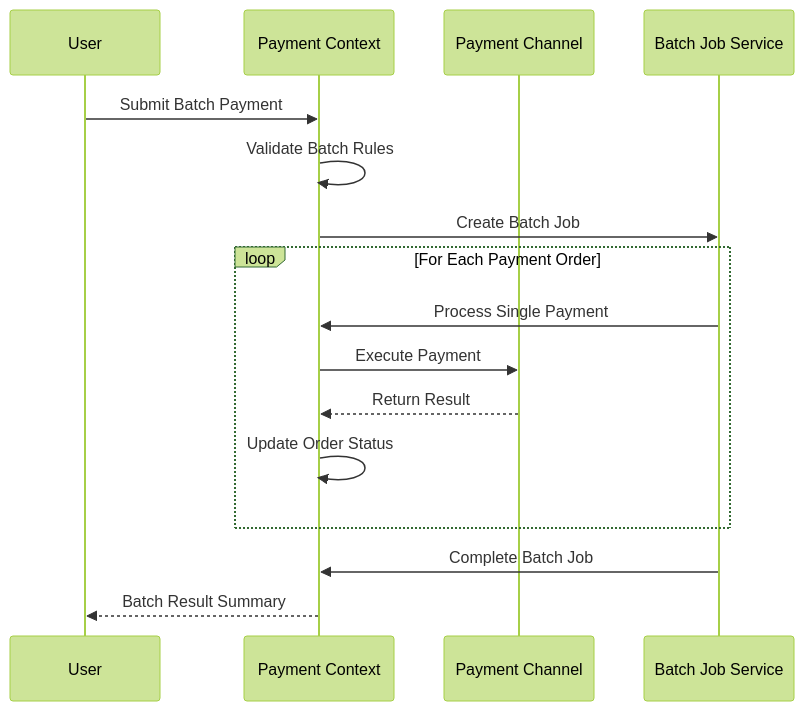
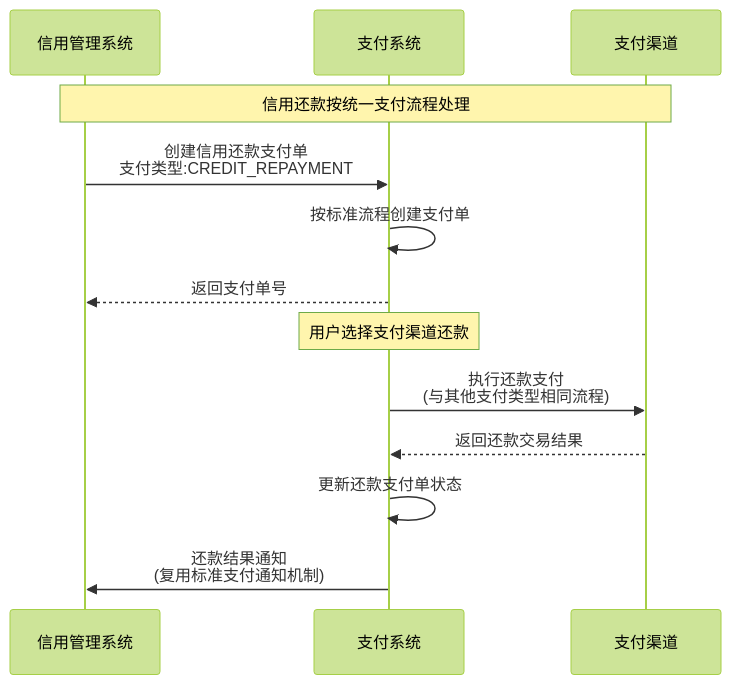
The third of 5 diagrams in docs/contexts/payment/integration/context-mapping.md (KyleWangkq/ai-prompt), drawn with Mermaid (forest theme) before and after one commit. The commit also changed other lines of this file and 5 other files, not shown here.

````diff
--- a/docs/contexts/payment/integration/context-mapping.md
+++ b/docs/contexts/payment/integration/context-mapping.md
@@ -545,21 +1165,20 @@
 ```mermaid
 sequenceDiagram
-    participant User as User
-    participant Payment as Payment Context
-    participant Channel as Payment Channel
-    participant Job as Batch Job Service
+    participant Credit as 信用管理系统
+    participant Payment as 支付系统
+    participant Channel as 支付渠道
     
-    User->>Payment: Submit Batch Payment
-    Payment->>Payment: Validate Batch Rules
-    Payment->>Job: Create Batch Job
+    Note over Credit, Channel: 信用还款按统一支付流程处理
     
-    loop For Each Payment Order
-        Job->>Payment: Process Single Payment
-        Payment->>Channel: Execute Payment
-        Channel-->>Payment: Return Result
-        Payment->>Payment: Update Order Status
-    end
+    Credit->>Payment: 创建信用还款支付单<br/>支付类型:CREDIT_REPAYMENT
+    Payment->>Payment: 按标准流程创建支付单
+    Payment-->>Credit: 返回支付单号
     
-    Job->>Payment: Complete Batch Job
-    Payment-->>User: Batch Result Summary
+    Note over Payment: 用户选择支付渠道还款
+    
+    Payment->>Channel: 执行还款支付<br/>(与其他支付类型相同流程)
+    Channel-->>Payment: 返回还款交易结果
+    
+    Payment->>Payment: 更新还款支付单状态
+    Payment->>Credit: 还款结果通知<br/>(复用标准支付通知机制)
 ```
````
